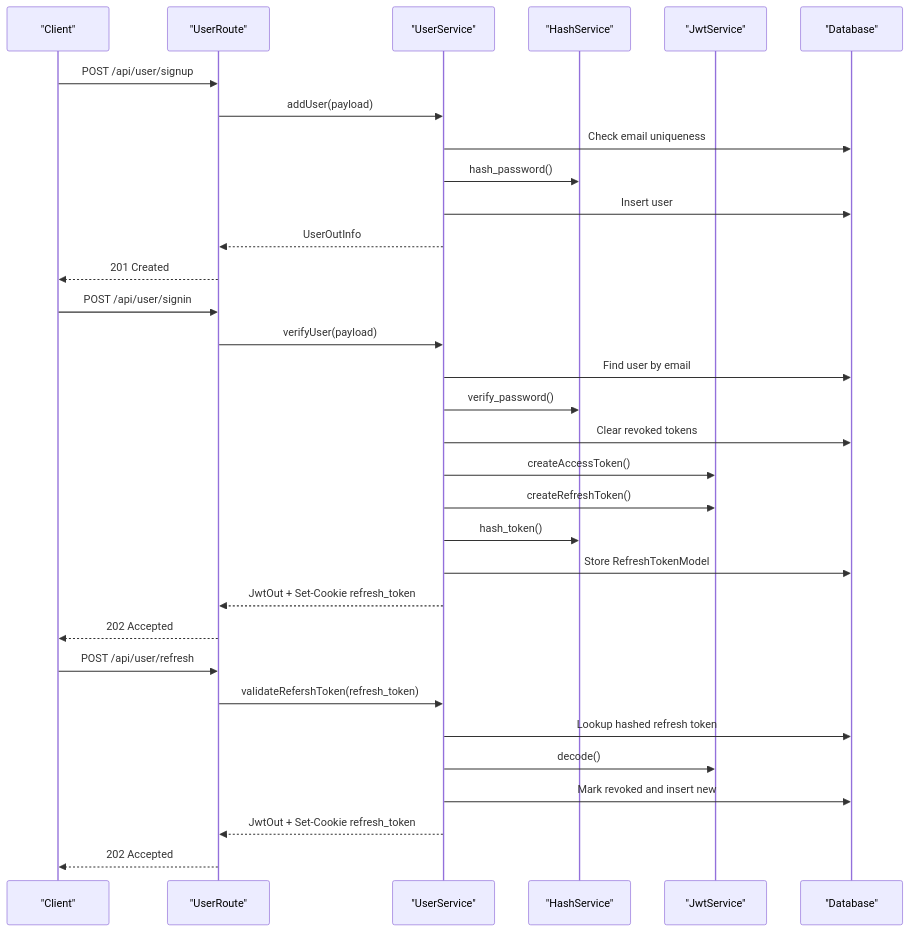
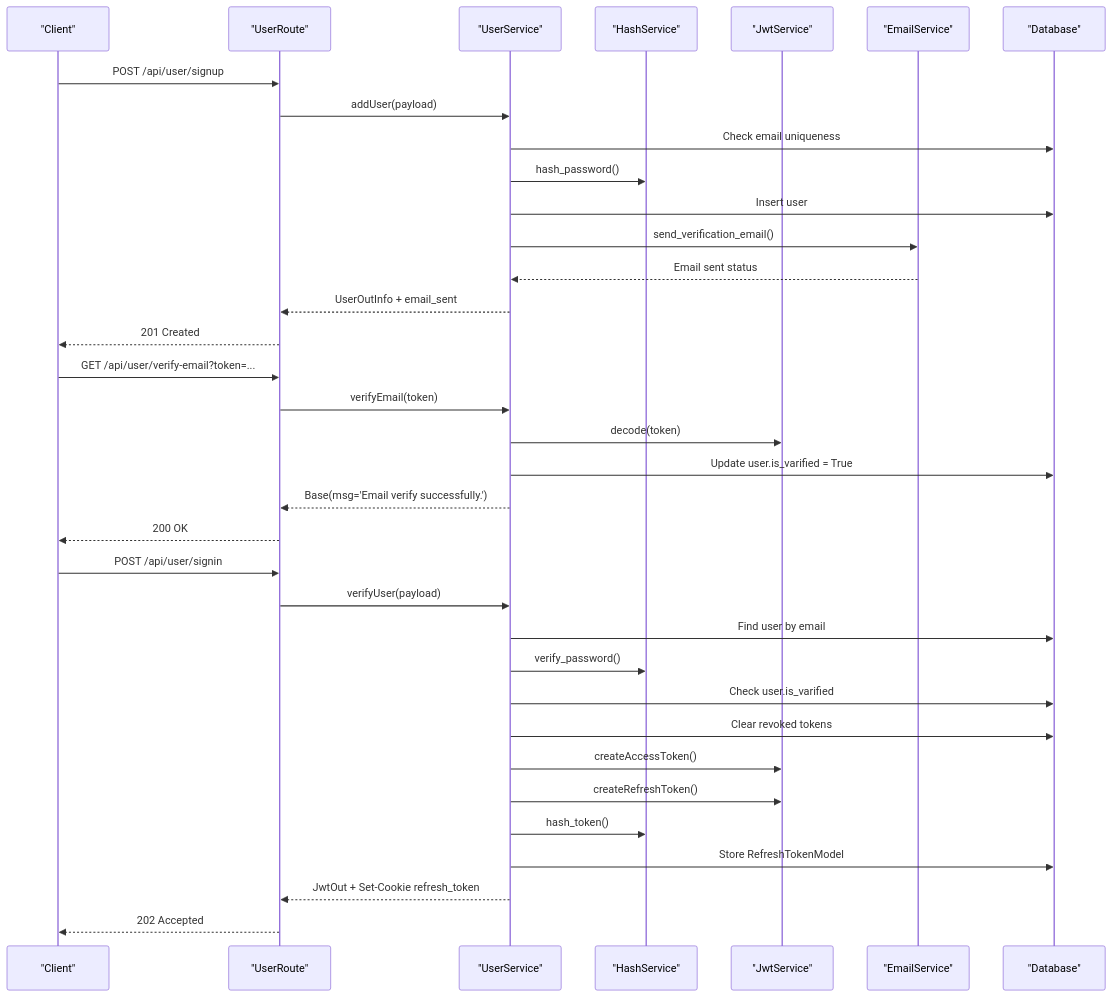
Before and after one commit to srikant-panda/auth-service: the seventh of 13 diagrams in .qoder/repowiki/en/content/Core Concepts/User Authentication System.md, drawn with Mermaid. The commit also changed other lines of this file and 11 other files, not shown here.

````diff
--- a/.qoder/repowiki/en/content/Core Concepts/User Authentication System.md
+++ b/.qoder/repowiki/en/content/Core Concepts/User Authentication System.md
@@ -259,34 +306,37 @@
 ```mermaid
 sequenceDiagram
 participant C as "Client"
 participant R as "UserRoute"
 participant S as "UserService"
 participant H as "HashService"
 participant J as "JwtService"
+participant E as "EmailService"
 participant D as "Database"
 C->>R : POST /api/user/signup
 R->>S : addUser(payload)
 S->>D : Check email uniqueness
 S->>H : hash_password()
 S->>D : Insert user
-S-->>R : UserOutInfo
+S->>E : send_verification_email()
+E-->>S : Email sent status
+S-->>R : UserOutInfo + email_sent
 R-->>C : 201 Created
+C->>R : GET /api/user/verify-email?token=...
+R->>S : verifyEmail(token)
+S->>J : decode(token)
+S->>D : Update user.is_varified = True
+S-->>R : Base(msg='Email verify successfully.')
+R-->>C : 200 OK
 C->>R : POST /api/user/signin
 R->>S : verifyUser(payload)
 S->>D : Find user by email
 S->>H : verify_password()
+S->>D : Check user.is_varified
 S->>D : Clear revoked tokens
 S->>J : createAccessToken()
 S->>J : createRefreshToken()
 S->>H : hash_token()
 S->>D : Store RefreshTokenModel
 S-->>R : JwtOut + Set-Cookie refresh_token
 R-->>C : 202 Accepted
-C->>R : POST /api/user/refresh
-R->>S : validateRefershToken(refresh_token)
-S->>D : Lookup hashed refresh token
-S->>J : decode()
-S->>D : Mark revoked and insert new
-S-->>R : JwtOut + Set-Cookie refresh_token
-R-->>C : 202 Accepted
 ```
````
